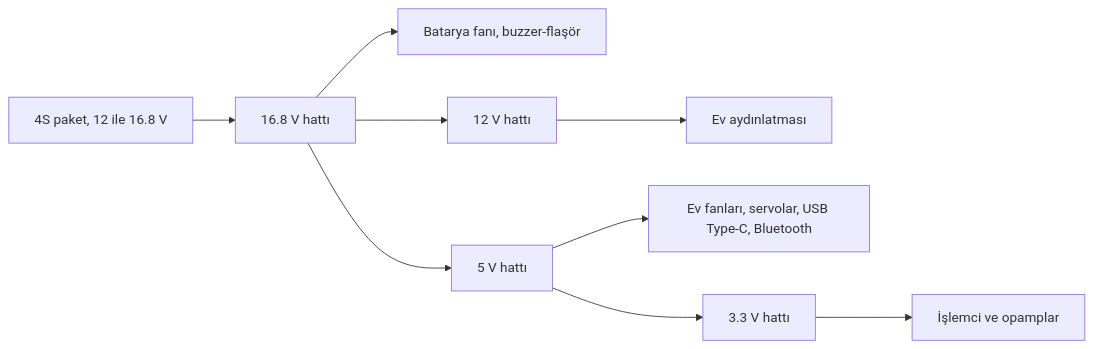
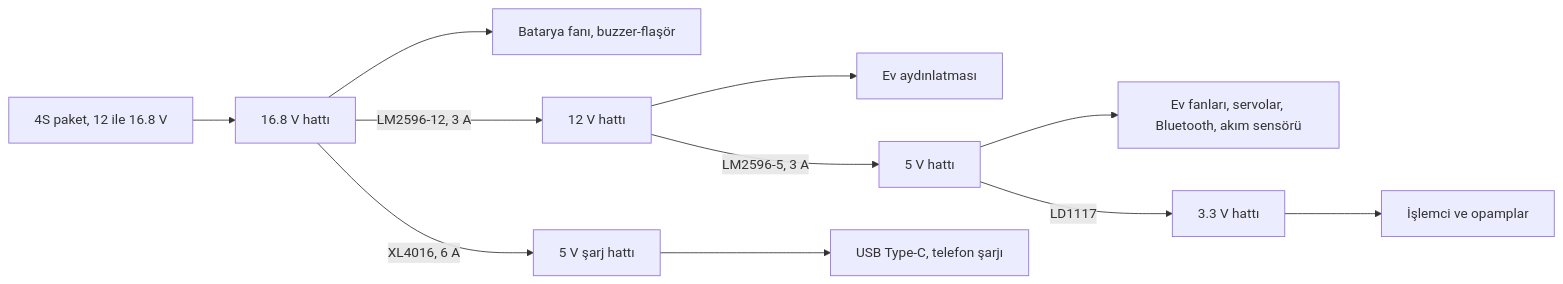
Before and after one commit to meyubcan/stm32-4s-bms-home-automation: the third of 6 diagrams in README.tr.md, drawn with Mermaid. The commit also changed other lines of this file and 6 other files, not shown here.

````diff
--- a/README.tr.md
+++ b/README.tr.md
@@ -104,11 +111,13 @@
 ```mermaid
 flowchart LR
     BAT[4S paket, 12 ile 16.8 V] --> R16[16.8 V hattı]
     R16 --> L16[Batarya fanı, buzzer-flaşör]
-    R16 --> R12[12 V hattı]
-    R16 --> R5[5 V hattı]
+    R16 -- "LM2596-12, 3 A" --> R12[12 V hattı]
+    R16 -- "XL4016, 6 A" --> RC[5 V şarj hattı]
     R12 --> L12[Ev aydınlatması]
-    R5 --> L5[Ev fanları, servolar, USB Type-C, Bluetooth]
-    R5 --> R3[3.3 V hattı]
+    R12 -- "LM2596-5, 3 A" --> R5[5 V hattı]
+    RC --> LC[USB Type-C, telefon şarjı]
+    R5 --> L5[Ev fanları, servolar, Bluetooth, akım sensörü]
+    R5 -- "LD1117" --> R3[3.3 V hattı]
     R3 --> L3[İşlemci ve opamplar]
 ```
````
